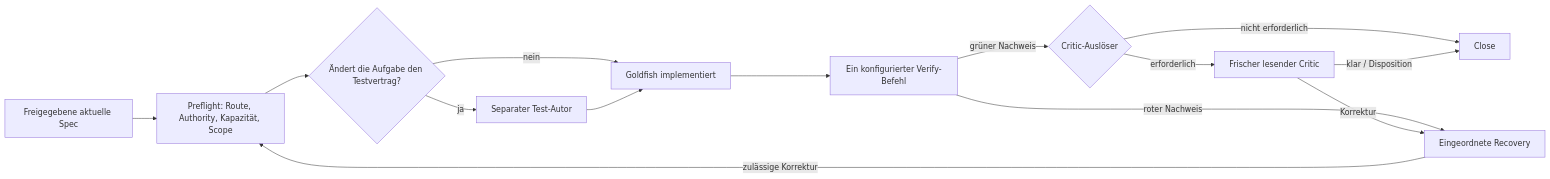
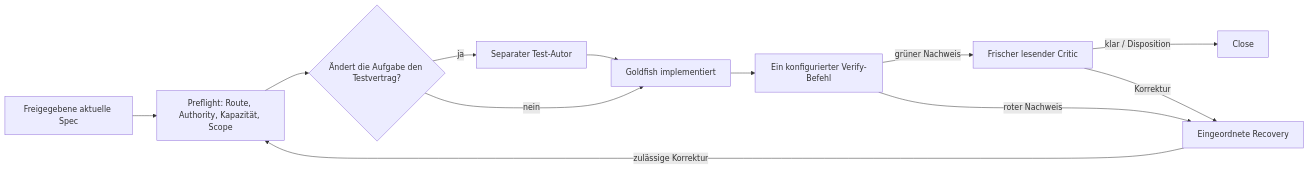
One commit to agent-pipe-shared/agent-pipeline changed the fourth of 4 diagrams in PIPELINE_FLOW.md. Above: the diagram before and after it, drawn with Mermaid. The commit also changed other lines of this file and 6 other files, not shown here.

````diff
--- a/PIPELINE_FLOW.md
+++ b/PIPELINE_FLOW.md
@@ -412,16 +410,14 @@
 ```mermaid
 flowchart LR
     SP[Freigegebene aktuelle Spec] --> PF[Preflight: Route, Authority, Kapazität, Scope]
     PF --> TD{Ändert die Aufgabe den Testvertrag?}
     TD -->|ja| T[Separater Test-Autor]
     TD -->|nein| G[Goldfish implementiert]
     T --> G
     G --> VE[Ein konfigurierter Verify-Befehl]
-    VE -->|grüner Nachweis| CR{Critic-Auslöser}
+    VE -->|grüner Nachweis| CR[Frischer lesender Critic]
     VE -->|roter Nachweis| RE[Eingeordnete Recovery]
-    CR -->|erforderlich| CI[Frischer lesender Critic]
-    CR -->|nicht erforderlich| CO[Close]
-    CI -->|klar / Disposition| CO
-    CI -->|Korrektur| RE
+    CR -->|klar / Disposition| CO[Close]
+    CR -->|Korrektur| RE
     RE -->|zulässige Korrektur| PF
 ```
````
